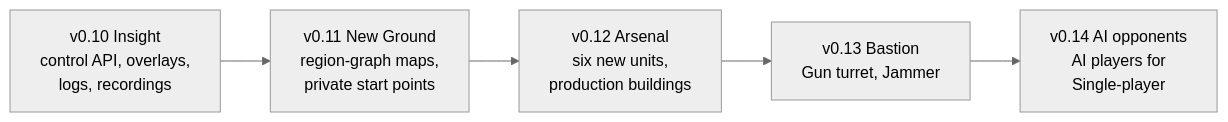
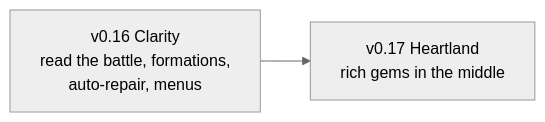
Before and after one commit to CoolCoder353/WAR-2D: the diagram in docs/roadmap.md, drawn with Mermaid (neutral theme). The commit also changed other lines of this file and 15 other files, not shown here.

First line of the commit message:
Plan v0.16 Clarity and v0.17 Heartland

````diff
--- a/docs/roadmap.md
+++ b/docs/roadmap.md
@@ -25,7 +20,4 @@
 ```mermaid
 flowchart LR
-    v010[v0.10 Insight<br/>control API, overlays,<br/>logs, recordings] --> v011[v0.11 New Ground<br/>region-graph maps,<br/>private start points]
-    v011 --> v012[v0.12 Arsenal<br/>six new units,<br/>production buildings]
-    v012 --> v013[v0.13 Bastion<br/>Gun turret, Jammer]
-    v013 --> v014[v0.14 AI opponents<br/>AI players for<br/>Single-player]
+    v016[v0.16 Clarity<br/>read the battle, formations,<br/>auto-repair, menus] --> v017[v0.17 Heartland<br/>rich gems in the middle]
 ```
````
